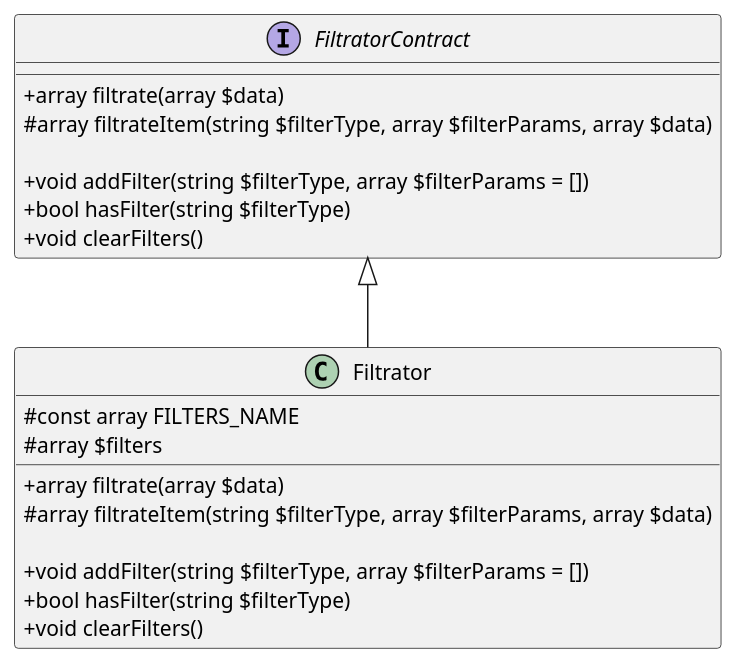
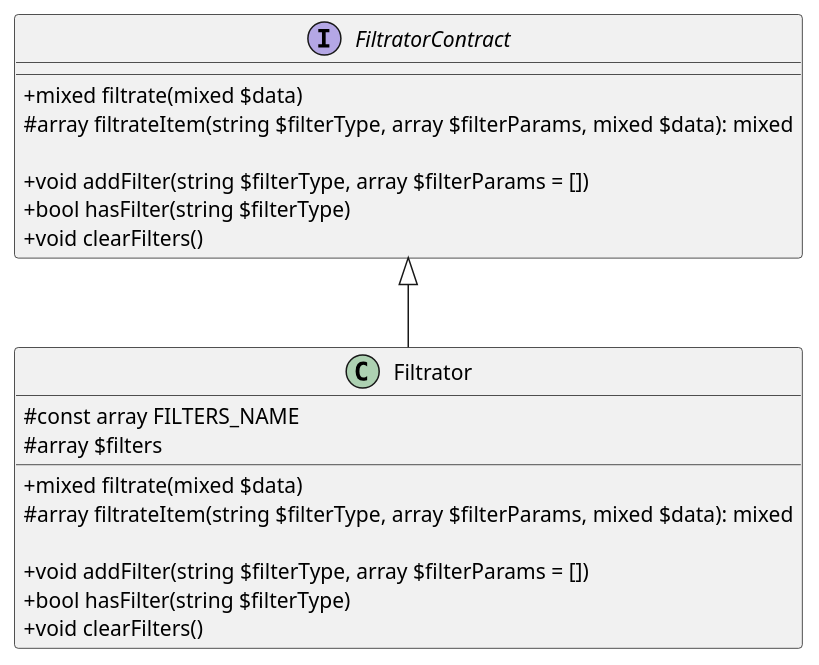
Before and after one commit to ggrachdev/bitrix_module_debugbar: the diagram in module/ggrachdev.debugbar/classes/general/Filtrator/structure.puml, drawn with PlantUML. The commit also changed 3 other files, not shown here.

```diff
--- a/module/ggrachdev.debugbar/classes/general/Filtrator/structure.puml
+++ b/module/ggrachdev.debugbar/classes/general/Filtrator/structure.puml
@@ -1,26 +1,26 @@
 @startuml
     skinparam classAttributeIconSize 0
 
     interface FiltratorContract {
-      + array filtrate(array $data)
-      # array filtrateItem(string $filterType, array $filterParams, array $data)
+      + mixed filtrate(mixed $data)
+      # array filtrateItem(string $filterType, array $filterParams, mixed $data): mixed
 
       + void addFilter(string $filterType, array $filterParams = [])
       + bool hasFilter(string $filterType)
       + void clearFilters()
     }
 
     class Filtrator {
       # const array FILTERS_NAME
       # array $filters
 
-      + array filtrate(array $data)
-      # array filtrateItem(string $filterType, array $filterParams, array $data)
+      + mixed filtrate(mixed $data)
+      # array filtrateItem(string $filterType, array $filterParams, mixed $data): mixed
 
       + void addFilter(string $filterType, array $filterParams = [])
       + bool hasFilter(string $filterType)
       + void clearFilters()
     }
 
     FiltratorContract <|-- Filtrator
 @enduml
```
